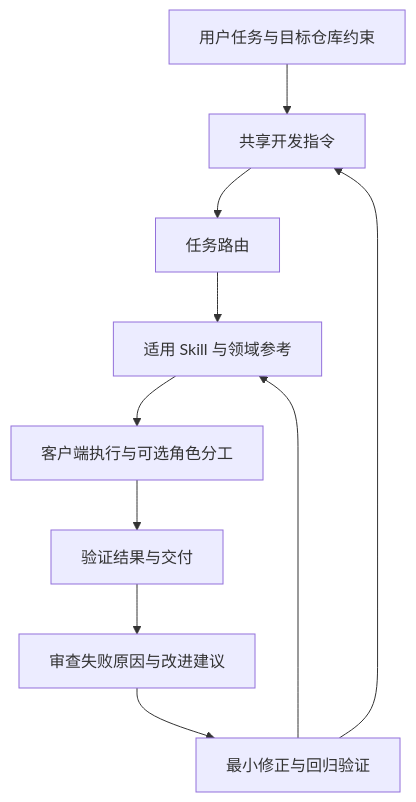
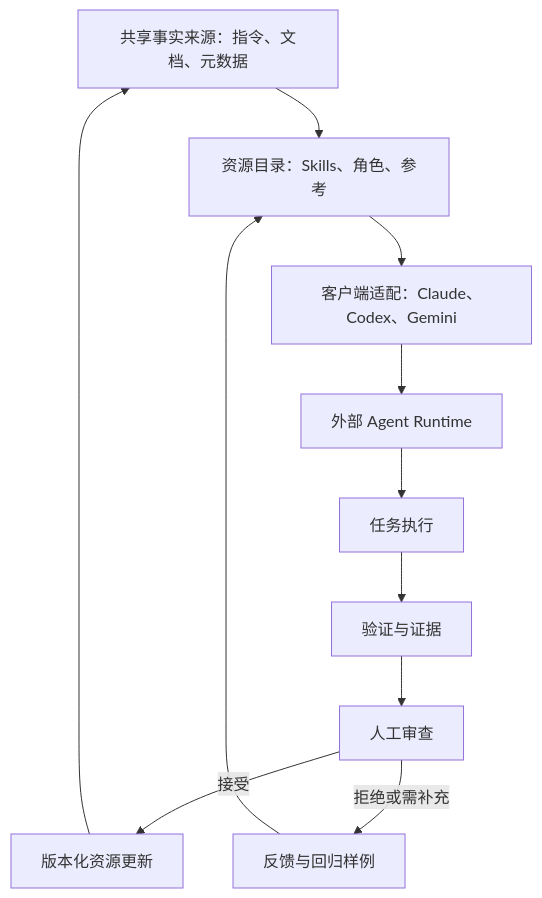
The diagram in docs/RSI_DESIGN.md (jianzhnie/agent-rsi-infra), drawn with Mermaid before and after one commit. The commit also changed other lines of this file and 11 other files, not shown here.

First line of the commit message:
feat(skills): add skill contracts, validation tools and compatibility docs

````diff
--- a/docs/RSI_DESIGN.md
+++ b/docs/RSI_DESIGN.md
@@ -21,12 +23,13 @@
 ```mermaid
 flowchart TD
-    A[用户任务与目标仓库约束] --> B[共享开发指令]
-    B --> C[任务路由]
-    C --> D[适用 Skill 与领域参考]
-    D --> E[客户端执行与可选角色分工]
-    E --> F[验证结果与交付]
-    F --> G[审查失败原因与改进建议]
-    G --> H[最小修正与回归验证]
-    H --> B
-    H --> D
+    A[共享事实来源：指令、文档、元数据] --> B[资源目录：Skills、角色、参考]
+    B --> C[客户端适配：Claude、Codex、Gemini]
+    C --> D[外部 Agent Runtime]
+    D --> E[任务执行]
+    E --> F[验证与证据]
+    F --> G[人工审查]
+    G -->|接受| H[版本化资源更新]
+    G -->|拒绝或需补充| I[反馈与回归样例]
+    H --> A
+    I --> B
 ```
````
